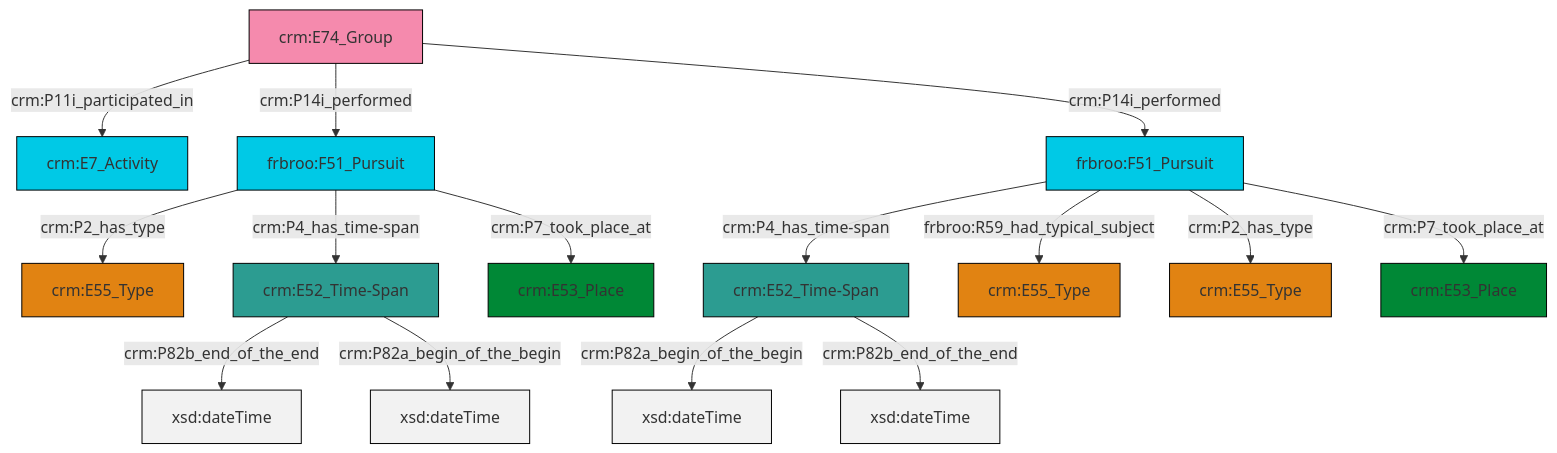
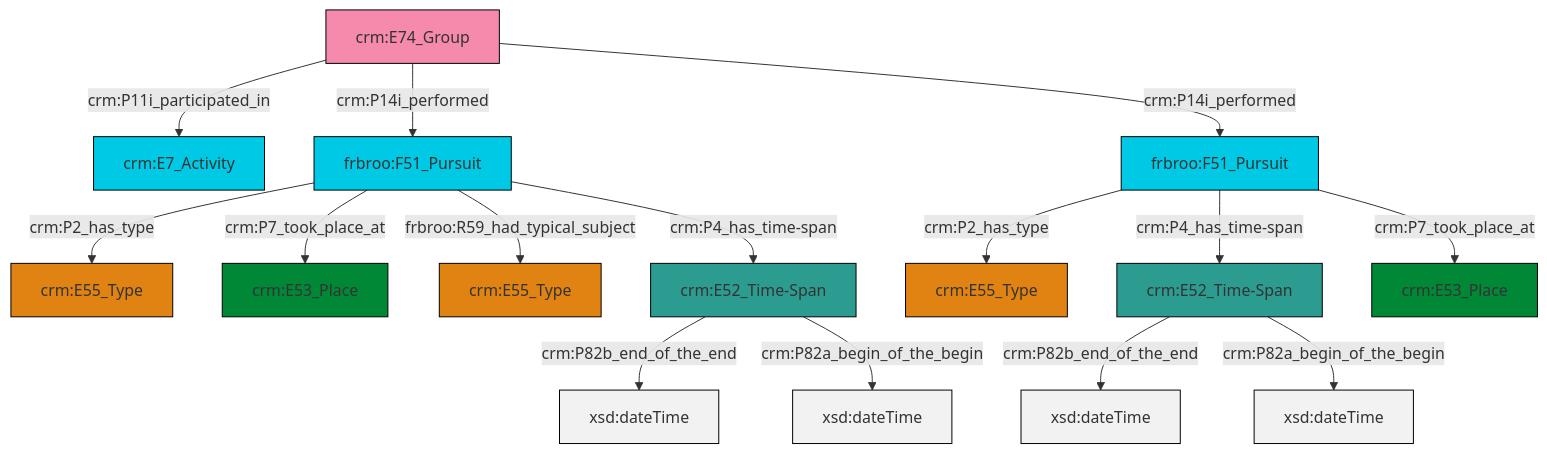
One commit to swiss-art-research-net/reference-data-models changed the diagram in et/groupCSV/ttl/mmd/group_events.ttl.mmd. Above: the diagram before and after it, drawn with Mermaid. The commit also changed 127 other files, not shown here.

```diff
--- a/et/groupCSV/ttl/mmd/group_events.ttl.mmd
+++ b/et/groupCSV/ttl/mmd/group_events.ttl.mmd
@@ -1,29 +1,29 @@
 graph TD
 classDef Literal fill:#f2f2f2,stroke:#000000;
 classDef CRM_Entity fill:#FFFFFF,stroke:#000000;
 classDef Temporal_Entity fill:#00C9E6, stroke:#000000;
 classDef Type fill:#E18312, stroke:#000000;
 classDef Time-Span fill:#2C9C91, stroke:#000000;
 classDef Appellation fill:#FFEB7F, stroke:#000000;
 classDef Place fill:#008836, stroke:#000000;
 classDef Persistent_Item fill:#B266B2, stroke:#000000;
 classDef Conceptual_Object fill:#FFD700, stroke:#000000;
 classDef Physical_Thing fill:#D2B48C, stroke:#000000;
 classDef Actor fill:#f58aad, stroke:#000000;
 classDef PC_Classes fill:#4ce600, stroke:#000000;
 classDef Multi fill:#cccccc,stroke:#000000;
 
-0["frbroo:F51_Pursuit"]:::Temporal_Entity -->|crm:P2_has_type| 1["crm:E55_Type"]:::Type
-0["frbroo:F51_Pursuit"]:::Temporal_Entity -->|crm:P4_has_time-span| 5["crm:E52_Time-Span"]:::Time-Span
-11["frbroo:F51_Pursuit"]:::Temporal_Entity -->|crm:P4_has_time-span| 2["crm:E52_Time-Span"]:::Time-Span
-5["crm:E52_Time-Span"]:::Time-Span -->|crm:P82b_end_of_the_end| 12[xsd:dateTime]:::Literal
-11["frbroo:F51_Pursuit"]:::Temporal_Entity -->|frbroo:R59_had_typical_subject| 13["crm:E55_Type"]:::Type
-14["crm:E74_Group"]:::Actor -->|crm:P11i_participated_in| 15["crm:E7_Activity"]:::Temporal_Entity
-5["crm:E52_Time-Span"]:::Time-Span -->|crm:P82a_begin_of_the_begin| 17[xsd:dateTime]:::Literal
-11["frbroo:F51_Pursuit"]:::Temporal_Entity -->|crm:P2_has_type| 19["crm:E55_Type"]:::Type
-14["crm:E74_Group"]:::Actor -->|crm:P14i_performed| 0["frbroo:F51_Pursuit"]:::Temporal_Entity
-14["crm:E74_Group"]:::Actor -->|crm:P14i_performed| 11["frbroo:F51_Pursuit"]:::Temporal_Entity
-2["crm:E52_Time-Span"]:::Time-Span -->|crm:P82a_begin_of_the_begin| 22[xsd:dateTime]:::Literal
-2["crm:E52_Time-Span"]:::Time-Span -->|crm:P82b_end_of_the_end| 23[xsd:dateTime]:::Literal
-11["frbroo:F51_Pursuit"]:::Temporal_Entity -->|crm:P7_took_place_at| 9["crm:E53_Place"]:::Place
-0["frbroo:F51_Pursuit"]:::Temporal_Entity -->|crm:P7_took_place_at| 7["crm:E53_Place"]:::Place
+0["crm:E74_Group"]:::Actor -->|crm:P11i_participated_in| 1["crm:E7_Activity"]:::Temporal_Entity
+0["crm:E74_Group"]:::Actor -->|crm:P14i_performed| 2["frbroo:F51_Pursuit"]:::Temporal_Entity
+3["crm:E52_Time-Span"]:::Time-Span -->|crm:P82b_end_of_the_end| 4[xsd:dateTime]:::Literal
+6["frbroo:F51_Pursuit"]:::Temporal_Entity -->|crm:P2_has_type| 7["crm:E55_Type"]:::Type
+8["crm:E52_Time-Span"]:::Time-Span -->|crm:P82b_end_of_the_end| 9[xsd:dateTime]:::Literal
+2["frbroo:F51_Pursuit"]:::Temporal_Entity -->|crm:P2_has_type| 12["crm:E55_Type"]:::Type
+2["frbroo:F51_Pursuit"]:::Temporal_Entity -->|crm:P7_took_place_at| 14["crm:E53_Place"]:::Place
+6["frbroo:F51_Pursuit"]:::Temporal_Entity -->|crm:P4_has_time-span| 8["crm:E52_Time-Span"]:::Time-Span
+2["frbroo:F51_Pursuit"]:::Temporal_Entity -->|frbroo:R59_had_typical_subject| 17["crm:E55_Type"]:::Type
+8["crm:E52_Time-Span"]:::Time-Span -->|crm:P82a_begin_of_the_begin| 21[xsd:dateTime]:::Literal
+3["crm:E52_Time-Span"]:::Time-Span -->|crm:P82a_begin_of_the_begin| 22[xsd:dateTime]:::Literal
+6["frbroo:F51_Pursuit"]:::Temporal_Entity -->|crm:P7_took_place_at| 24["crm:E53_Place"]:::Place
+0["crm:E74_Group"]:::Actor -->|crm:P14i_performed| 6["frbroo:F51_Pursuit"]:::Temporal_Entity
+2["frbroo:F51_Pursuit"]:::Temporal_Entity -->|crm:P4_has_time-span| 3["crm:E52_Time-Span"]:::Time-Span
```
